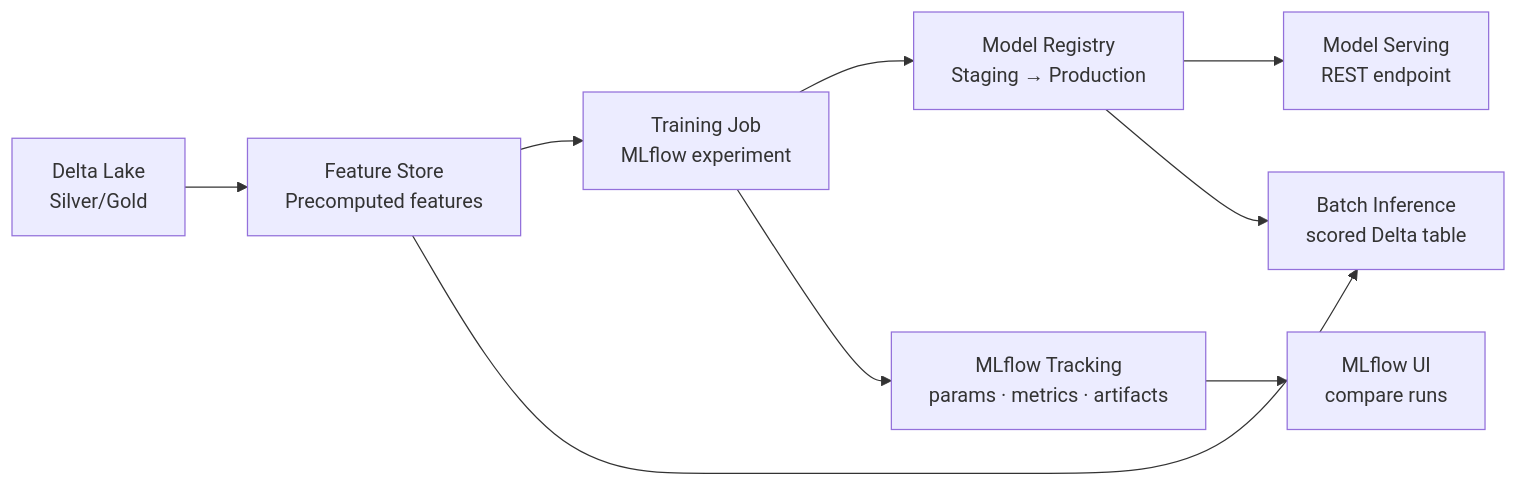
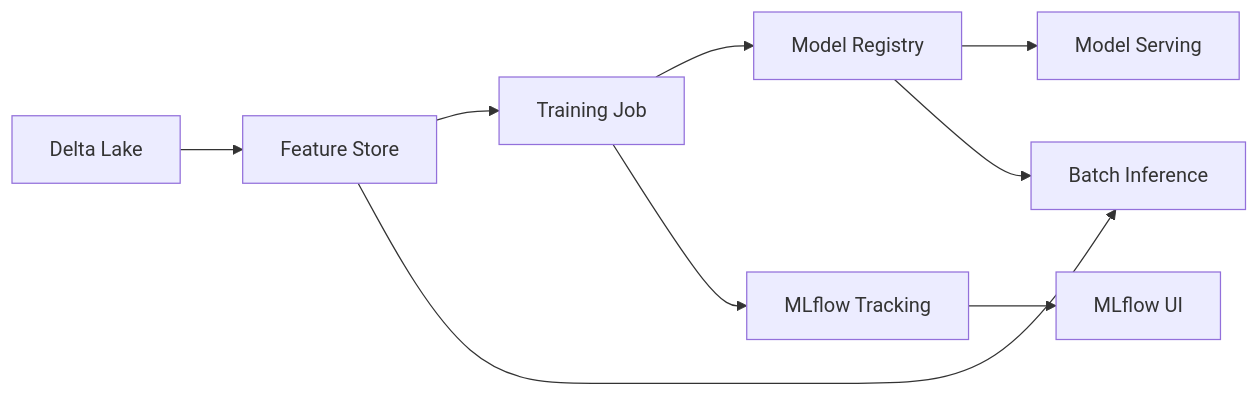
One commit to gcmishra7/data-engineering-helper changed the diagram in 05-databricks/07-mlflow-and-feature-store.md. Above: the diagram before and after it, drawn with Mermaid. The commit also changed other lines of this file and 57 other files, not shown here.

First line of the commit message:
Shorten mermaid node labels to fix text truncation on GitHub

````diff
--- a/05-databricks/07-mlflow-and-feature-store.md
+++ b/05-databricks/07-mlflow-and-feature-store.md
@@ -8,13 +8,13 @@
 ```mermaid
 graph LR
-    DATA[Delta Lake<br/>Silver/Gold] --> FS[Feature Store<br/>Precomputed features]
-    FS --> TR[Training Job<br/>MLflow experiment]
-    TR --> MR[Model Registry<br/>Staging → Production]
-    MR --> MS[Model Serving<br/>REST endpoint]
+    DATA[Delta Lake] --> FS[Feature Store]
+    FS --> TR[Training Job]
+    TR --> MR[Model Registry]
+    MR --> MS[Model Serving]
 
-    FS --> BATCH[Batch Inference<br/>scored Delta table]
+    FS --> BATCH[Batch Inference]
     MR --> BATCH
 
-    TR --> LOG[MLflow Tracking<br/>params · metrics · artifacts]
-    LOG --> UI[MLflow UI<br/>compare runs]
+    TR --> LOG[MLflow Tracking]
+    LOG --> UI[MLflow UI]
 ```
````
